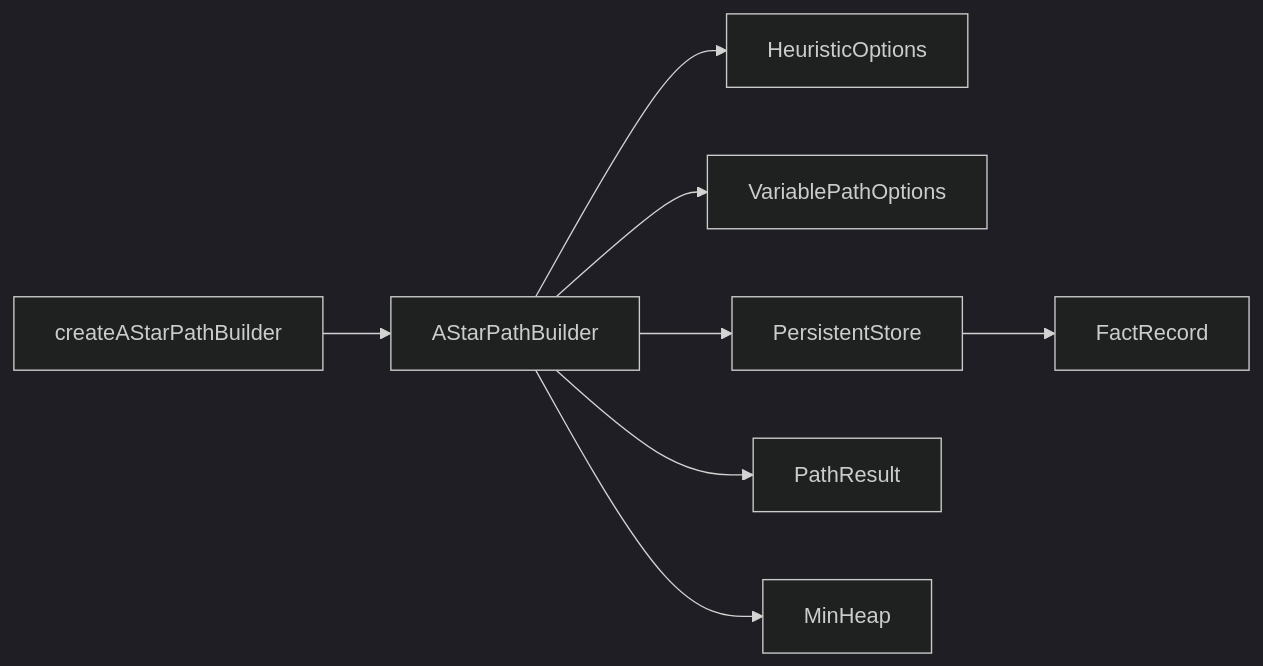
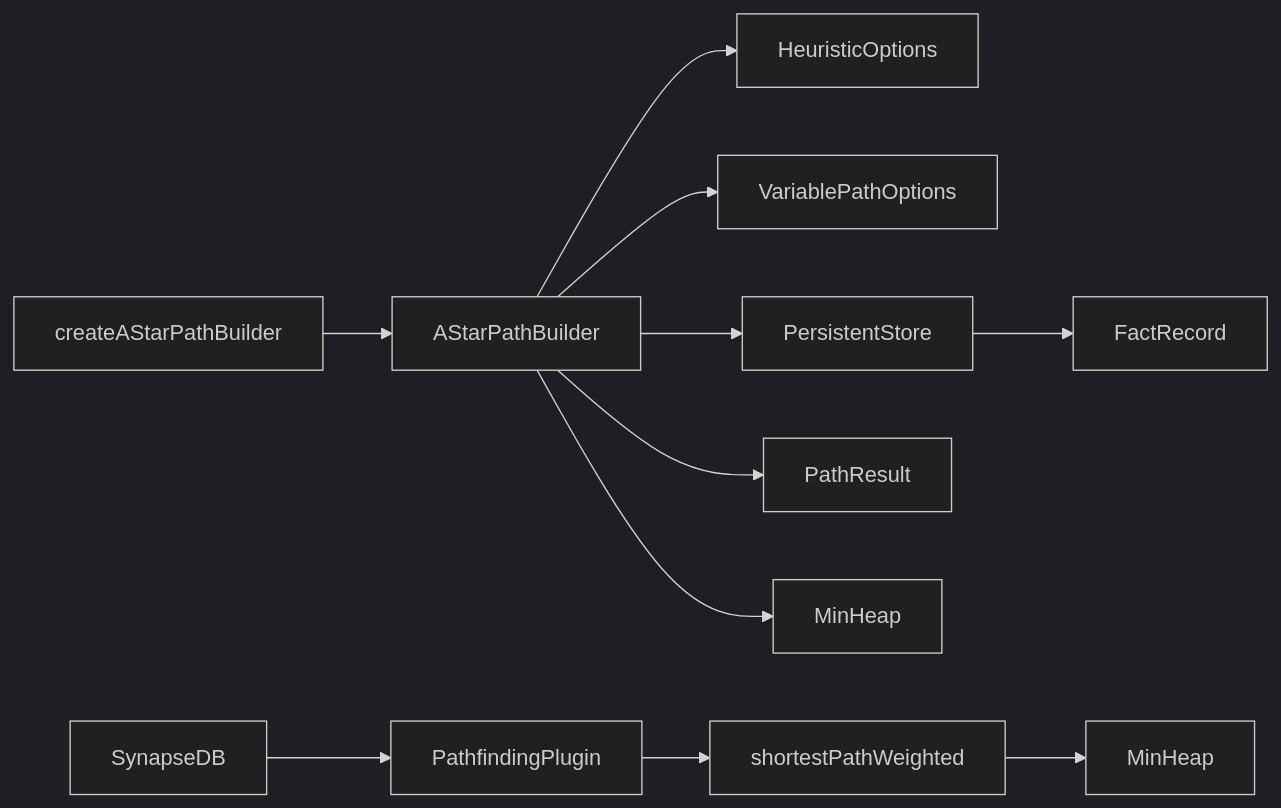
One commit to LuQing-Studio/nervusdb changed the seventh of 7 diagrams in .qoder/repowiki/zh/content/API 参考/查询构建器API/路径遍历操作/加权路径与A_算法.md. Above: the diagram before and after it, drawn with Mermaid (dark theme). The commit also changed other lines of this file and 50 other files, not shown here.

````diff
--- a/.qoder/repowiki/zh/content/API 参考/查询构建器API/路径遍历操作/加权路径与A_算法.md
+++ b/.qoder/repowiki/zh/content/API 参考/查询构建器API/路径遍历操作/加权路径与A_算法.md
@@ -201,10 +216,13 @@
 ```mermaid
 graph LR
 A[createAStarPathBuilder] --> B[AStarPathBuilder]
 B --> C[HeuristicOptions]
 B --> D[VariablePathOptions]
 B --> E[PersistentStore]
 B --> F[PathResult]
 E --> G[FactRecord]
 B --> H[MinHeap]
+I[SynapseDB] --> J[PathfindingPlugin]
+J --> K[shortestPathWeighted]
+K --> L[MinHeap]
 ```
````
